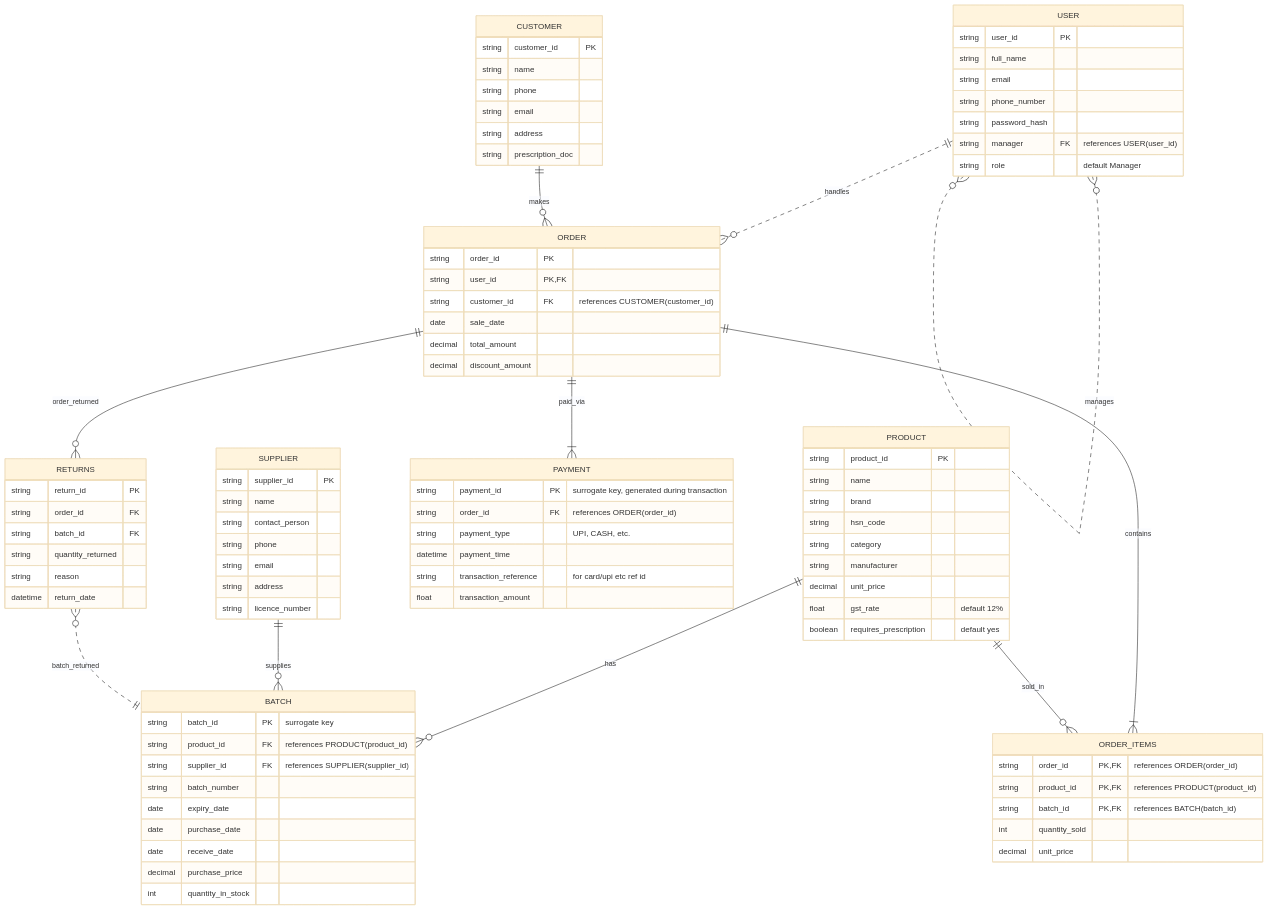
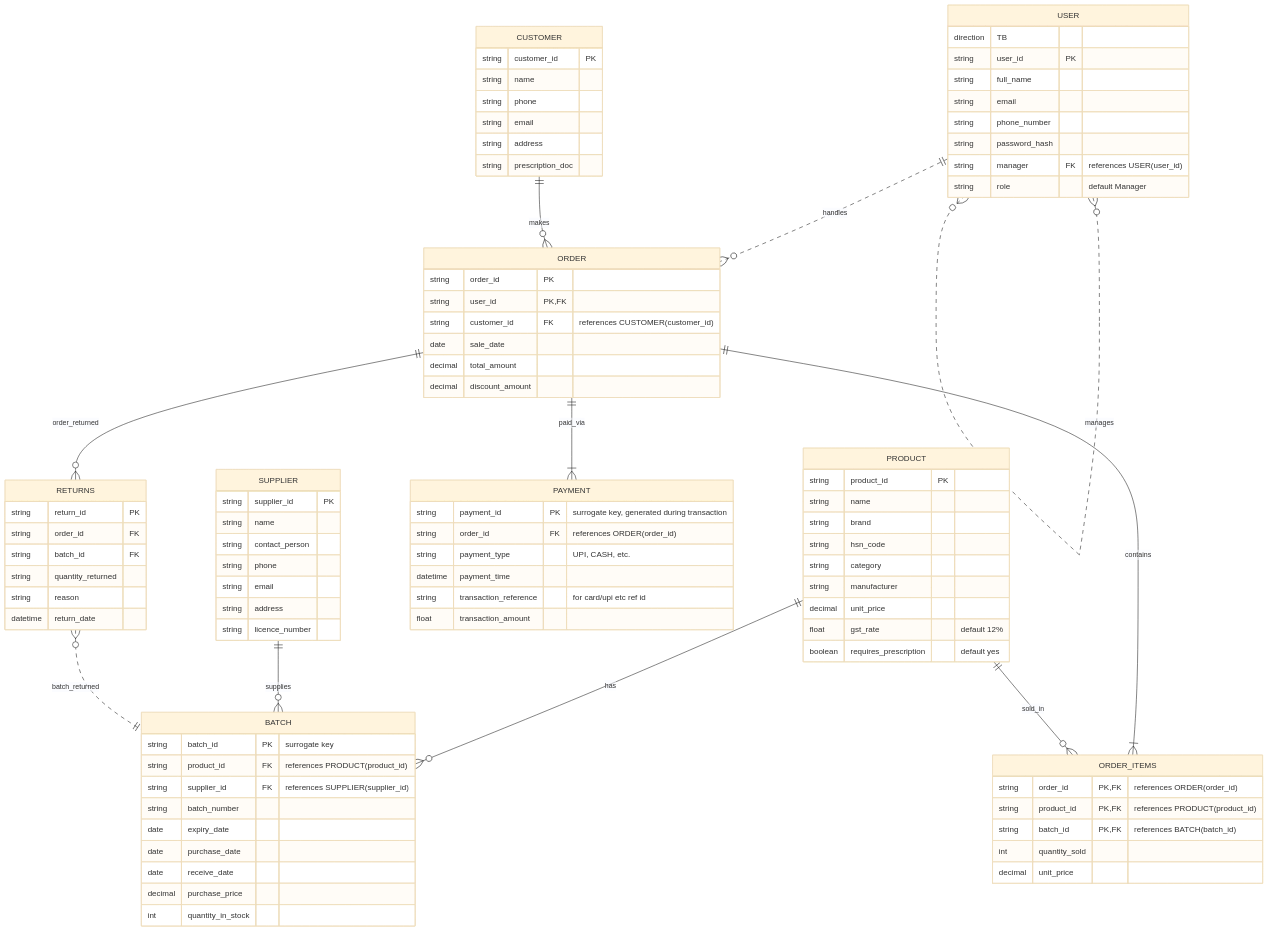
Before and after one commit to MET4L-DS/miniPharma: the diagram in ER Diagram version 2.md, drawn with Mermaid (base theme).

Commit message:
Update ER Diagram version 2.md

````diff
--- a/ER Diagram version 2.md
+++ b/ER Diagram version 2.md
@@ -1,6 +1,7 @@
 ```mermaid
 erDiagram
     USER {
+    direction TB
     string user_id PK
     string full_name
     string email
````
